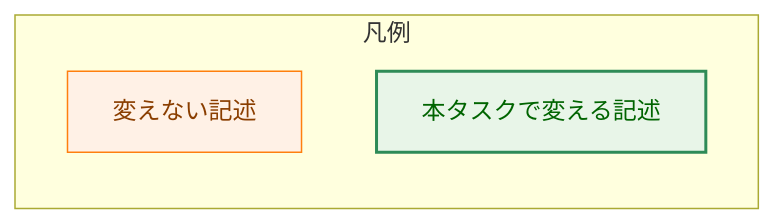
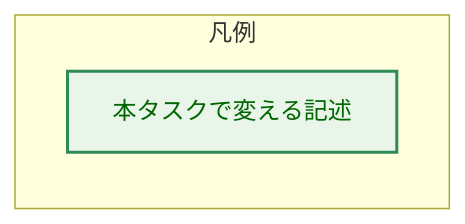
One commit to isseis/yt2column changed the fourth of 7 diagrams in docs/tasks/0037_runpr_merge_recommendation/02_architecture.md. Above: the diagram before and after it, drawn with Mermaid. The commit also changed other lines of this file, not shown here.

First line of the commit message:
docs(0037): address the architecture review and improve Japanese prose

````diff
--- a/docs/tasks/0037_runpr_merge_recommendation/02_architecture.md
+++ b/docs/tasks/0037_runpr_merge_recommendation/02_architecture.md
@@ -130,11 +130,8 @@
 ```mermaid
 flowchart LR
-    classDef process fill:#fff1e6,stroke:#ff7f0e,stroke-width:1px,color:#8a3e00;
     classDef enhanced fill:#e8f5e8,stroke:#2e8b57,stroke-width:2px,color:#006400;
     subgraph Legend["凡例"]
-        L1["変えない記述"]
-        L2["本タスクで変える記述"]
+        L1["本タスクで変える記述"]
     end
-    class L1 process
-    class L2 enhanced
+    class L1 enhanced
 ```
````
